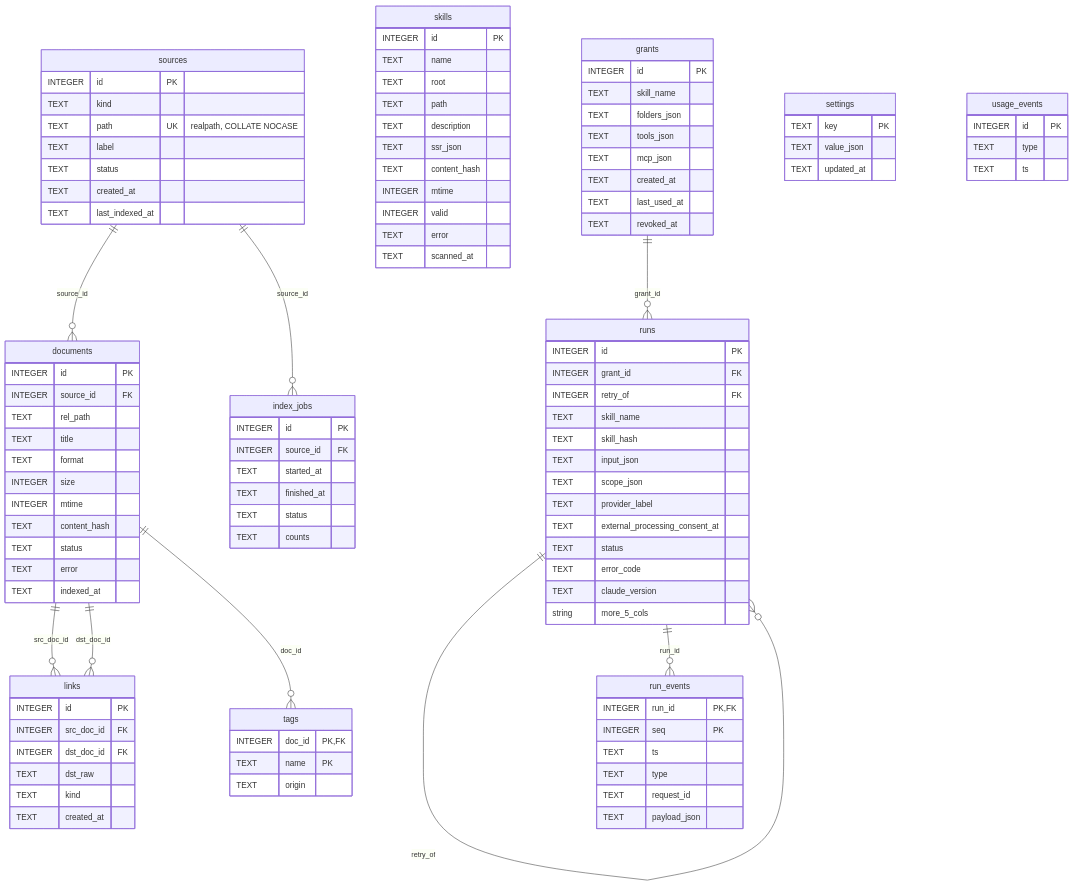
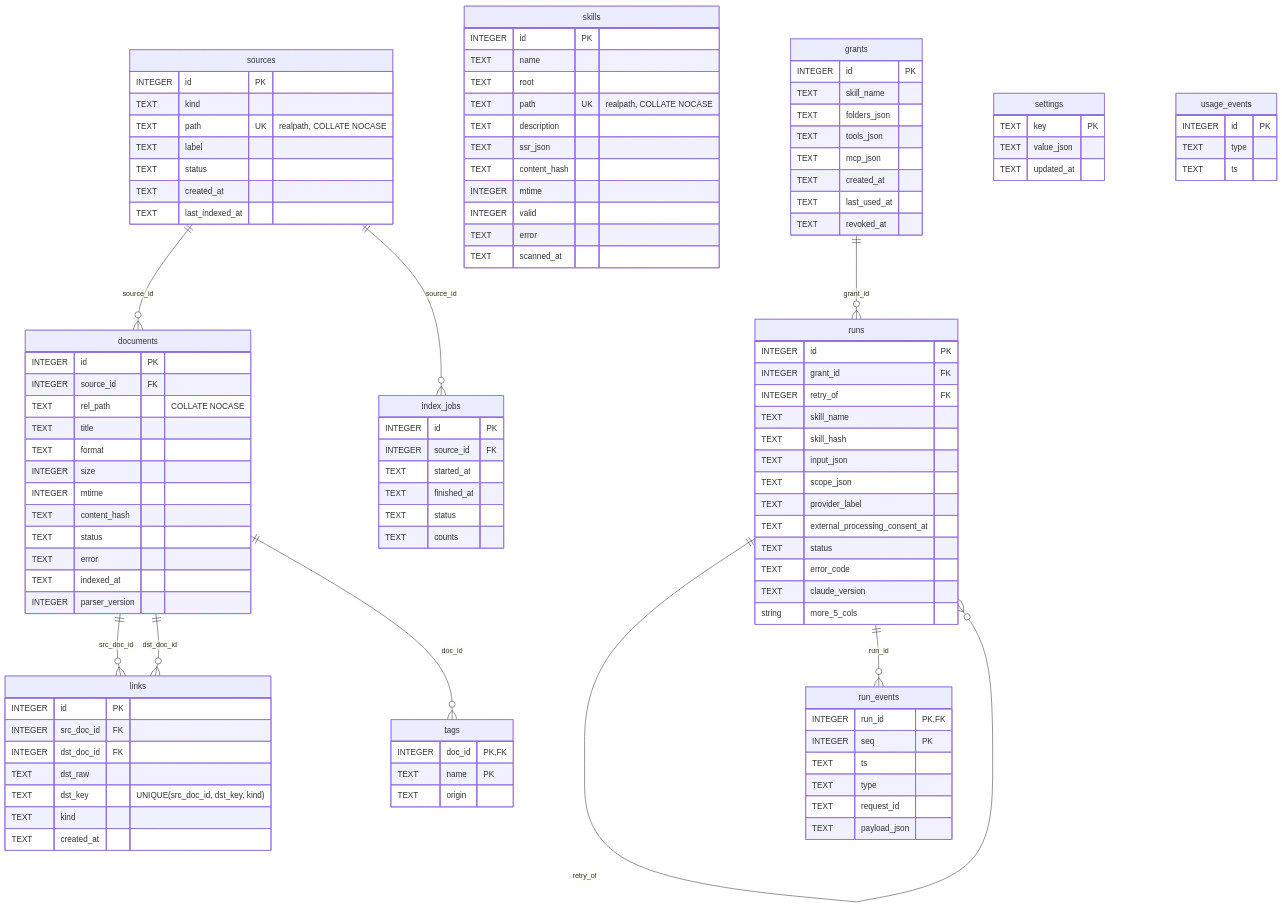
One commit to DevOps0906/Nomad-Agents-Lab changed the diagram in docs/diagrams/erd.mmd. Above: the diagram before and after it, drawn with Mermaid. The commit also changed 24 other files, not shown here.

```diff
--- a/docs/diagrams/erd.mmd
+++ b/docs/diagrams/erd.mmd
@@ -1,108 +1,110 @@
 erDiagram
   sources {
     INTEGER id PK
     TEXT kind
     TEXT path UK "realpath, COLLATE NOCASE"
     TEXT label
     TEXT status
     TEXT created_at
     TEXT last_indexed_at
   }
   documents {
     INTEGER id PK
     INTEGER source_id FK
-    TEXT rel_path
+    TEXT rel_path "COLLATE NOCASE"
     TEXT title
     TEXT format
     INTEGER size
     INTEGER mtime
     TEXT content_hash
     TEXT status
     TEXT error
     TEXT indexed_at
+    INTEGER parser_version
   }
   links {
     INTEGER id PK
     INTEGER src_doc_id FK
     INTEGER dst_doc_id FK
     TEXT dst_raw
+    TEXT dst_key "UNIQUE(src_doc_id, dst_key, kind)"
     TEXT kind
     TEXT created_at
   }
   tags {
     INTEGER doc_id PK,FK
     TEXT name PK
     TEXT origin
   }
   skills {
     INTEGER id PK
     TEXT name
     TEXT root
-    TEXT path
+    TEXT path UK "realpath, COLLATE NOCASE"
     TEXT description
     TEXT ssr_json
     TEXT content_hash
     INTEGER mtime
     INTEGER valid
     TEXT error
     TEXT scanned_at
   }
   grants {
     INTEGER id PK
     TEXT skill_name
     TEXT folders_json
     TEXT tools_json
     TEXT mcp_json
     TEXT created_at
     TEXT last_used_at
     TEXT revoked_at
   }
   runs {
     INTEGER id PK
     INTEGER grant_id FK
     INTEGER retry_of FK
     TEXT skill_name
     TEXT skill_hash
     TEXT input_json
     TEXT scope_json
     TEXT provider_label
     TEXT external_processing_consent_at
     TEXT status
     TEXT error_code
     TEXT claude_version
     string more_5_cols
   }
   run_events {
     INTEGER run_id PK,FK
     INTEGER seq PK
     TEXT ts
     TEXT type
     TEXT request_id
     TEXT payload_json
   }
   settings {
     TEXT key PK
     TEXT value_json
     TEXT updated_at
   }
   index_jobs {
     INTEGER id PK
     INTEGER source_id FK
     TEXT started_at
     TEXT finished_at
     TEXT status
     TEXT counts
   }
   usage_events {
     INTEGER id PK
     TEXT type
     TEXT ts
   }
   sources ||--o{ documents : "source_id"
   documents ||--o{ links : "src_doc_id"
   documents ||--o{ links : "dst_doc_id"
   documents ||--o{ tags : "doc_id"
   grants ||--o{ runs : "grant_id"
   runs ||--o{ runs : "retry_of"
   runs ||--o{ run_events : "run_id"
   sources ||--o{ index_jobs : "source_id"
```
